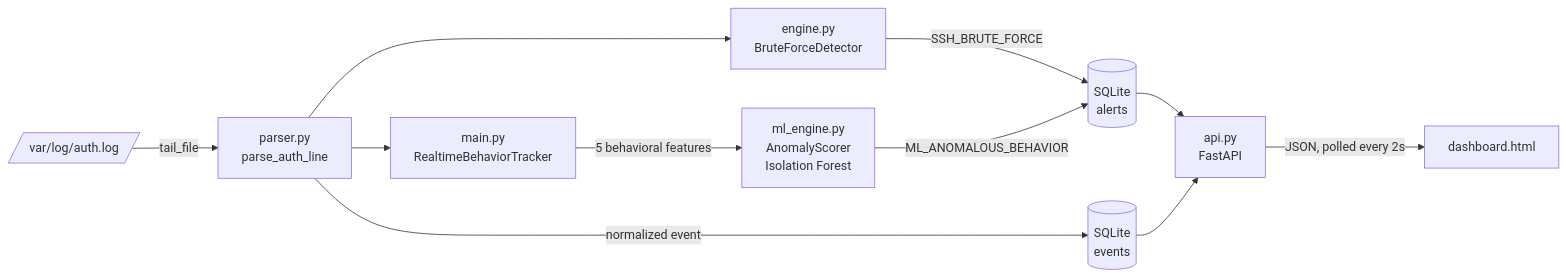
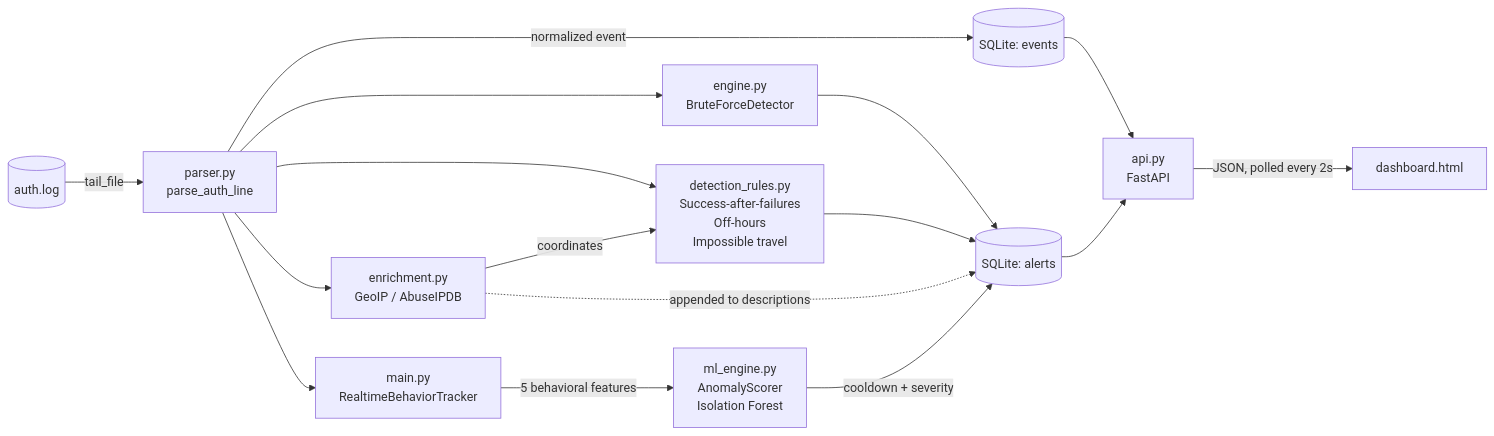
One commit to OmarAhmedTHE25th/SIEM-Dashboard changed the diagram in README.md. Above: the diagram before and after it, drawn with Mermaid. The commit also changed other lines of this file, not shown here.

Commit message:
Update: Revamp README with enriched feature descriptions, architecture updates, and additional usage details

````diff
--- a/README.md
+++ b/README.md
@@ -44,13 +49,18 @@
 ```mermaid
 flowchart LR
-    A[/var/log/auth.log/] -->|tail_file| B[parser.py<br/>parse_auth_line]
-    B -->|normalized event| C[(SQLite<br/>events)]
-    B --> D[engine.py<br/>BruteForceDetector]
-    B --> E[main.py<br/>RealtimeBehaviorTracker]
-    E -->|5 behavioral features| F[ml_engine.py<br/>AnomalyScorer<br/>Isolation Forest]
-    D -->|SSH_BRUTE_FORCE| G[(SQLite<br/>alerts)]
-    F -->|ML_ANOMALOUS_BEHAVIOR| G
-    G --> H[api.py<br/>FastAPI]
-    C --> H
-    H -->|JSON, polled every 2s| I[dashboard.html]
+    A[("auth.log")] -->|tail_file| B["parser.py<br/>parse_auth_line"]
+    B -->|normalized event| C[("SQLite: events")]
+    B --> D["engine.py<br/>BruteForceDetector"]
+    B --> E["detection_rules.py<br/>Success-after-failures<br/>Off-hours<br/>Impossible travel"]
+    B --> F["enrichment.py<br/>GeoIP / AbuseIPDB"]
+    F -->|coordinates| E
+    B --> G["main.py<br/>RealtimeBehaviorTracker"]
+    G -->|5 behavioral features| H["ml_engine.py<br/>AnomalyScorer<br/>Isolation Forest"]
+    D --> I[("SQLite: alerts")]
+    E --> I
+    H -->|cooldown + severity| I
+    F -.->|appended to descriptions| I
+    I --> J["api.py<br/>FastAPI"]
+    C --> J
+    J -->|JSON, polled every 2s| K["dashboard.html"]
 ```
````
